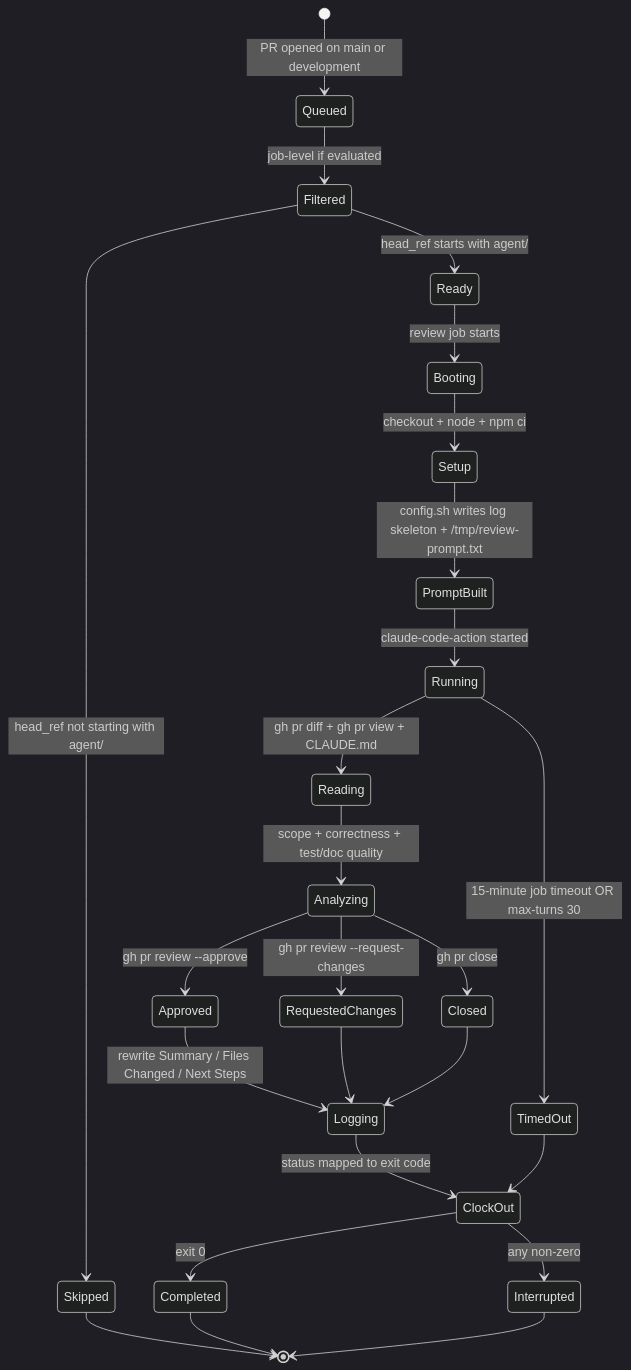
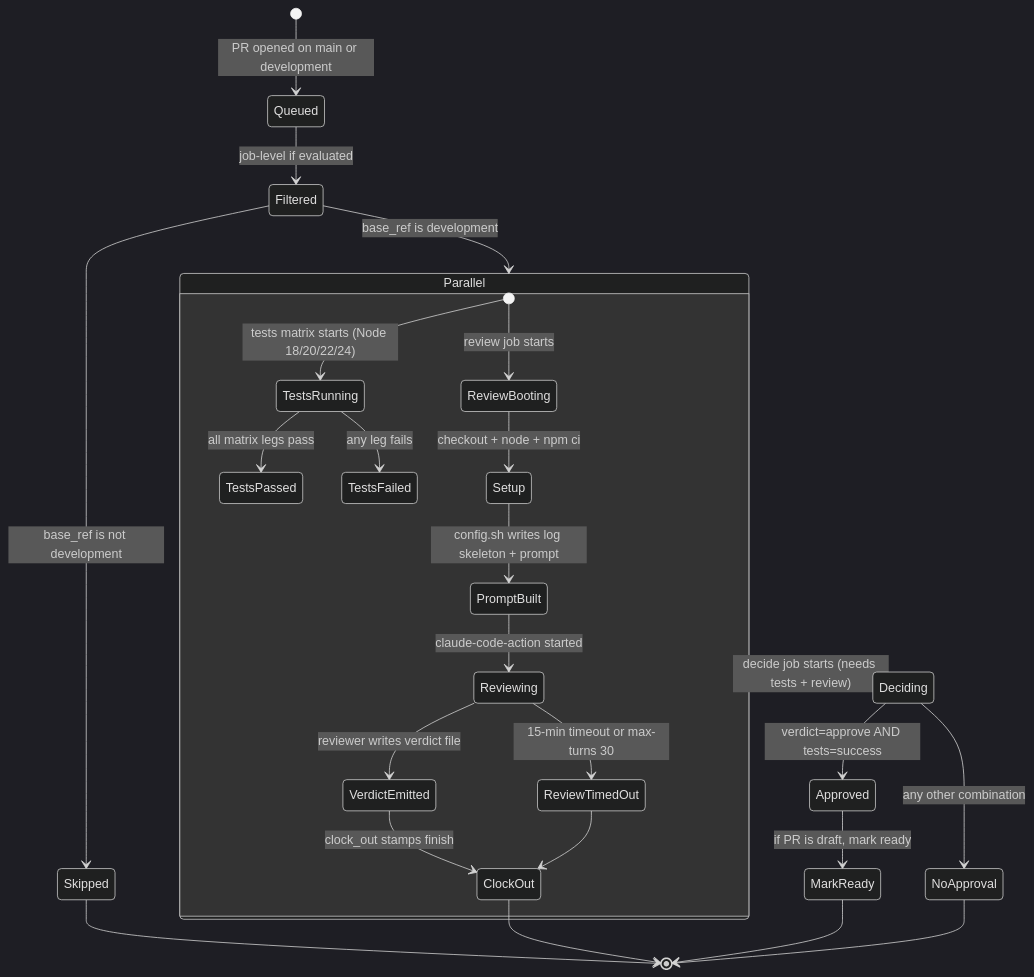
Before and after one commit to gregreindel/llm-exe: the tenth of 12 diagrams in .github/docs/AGENT_REVIEW_PR_DEEP_DIVE.md, drawn with Mermaid (dark theme). The commit also changed other lines of this file and 2 other files, not shown here.

First line of the commit message:
docs: sync AGENT_REVIEW_PR_DEEP_DIVE and WORKFLOW_ARCHITECTURE after agent-review-pr.yml restructure

````diff
--- a/.github/docs/AGENT_REVIEW_PR_DEEP_DIVE.md
+++ b/.github/docs/AGENT_REVIEW_PR_DEEP_DIVE.md
@@ -437,27 +491,30 @@
 ```mermaid
 stateDiagram-v2
     [*] --> Queued: PR opened on main or development
     Queued --> Filtered: job-level if evaluated
-    Filtered --> Skipped: head_ref not starting with agent/
-    Filtered --> Ready: head_ref starts with agent/
-    Ready --> Booting: review job starts
-    Booting --> Setup: checkout + node + npm ci
-    Setup --> PromptBuilt: config.sh writes log skeleton + /tmp/review-prompt.txt
-    PromptBuilt --> Running: claude-code-action started
-    Running --> Reading: gh pr diff + gh pr view + CLAUDE.md
-    Reading --> Analyzing: scope + correctness + test/doc quality
-    Analyzing --> Approved: gh pr review --approve
-    Analyzing --> RequestedChanges: gh pr review --request-changes
-    Analyzing --> Closed: gh pr close
-    Approved --> Logging: rewrite Summary / Files Changed / Next Steps
-    RequestedChanges --> Logging
-    Closed --> Logging
-    Logging --> ClockOut: status mapped to exit code
-    ClockOut --> Completed: exit 0
-    ClockOut --> Interrupted: any non-zero
-    Running --> TimedOut: 15-minute job timeout OR max-turns 30
-    TimedOut --> ClockOut
+    Filtered --> Skipped: base_ref is not development
+    Filtered --> Parallel: base_ref is development
+
+    state Parallel {
+        [*] --> TestsRunning: tests matrix starts (Node 18/20/22/24)
+        [*] --> ReviewBooting: review job starts
+        TestsRunning --> TestsPassed: all matrix legs pass
+        TestsRunning --> TestsFailed: any leg fails
+        ReviewBooting --> Setup: checkout + node + npm ci
+        Setup --> PromptBuilt: config.sh writes log skeleton + prompt
+        PromptBuilt --> Reviewing: claude-code-action started
+        Reviewing --> VerdictEmitted: reviewer writes verdict file
+        Reviewing --> ReviewTimedOut: 15-min timeout or max-turns 30
+        ReviewTimedOut --> ClockOut
+        VerdictEmitted --> ClockOut: clock_out stamps finish
+    }
+
+    Parallel --> Deciding: decide job starts (needs tests + review)
+    Deciding --> Approved: verdict=approve AND tests=success
+    Deciding --> NoApproval: any other combination
+    Approved --> MarkReady: if PR is draft, mark ready
+    MarkReady --> [*]
+    NoApproval --> [*]
     Skipped --> [*]
-    Completed --> [*]
-    Interrupted --> [*]
+    ClockOut --> [*]
 ```
````
